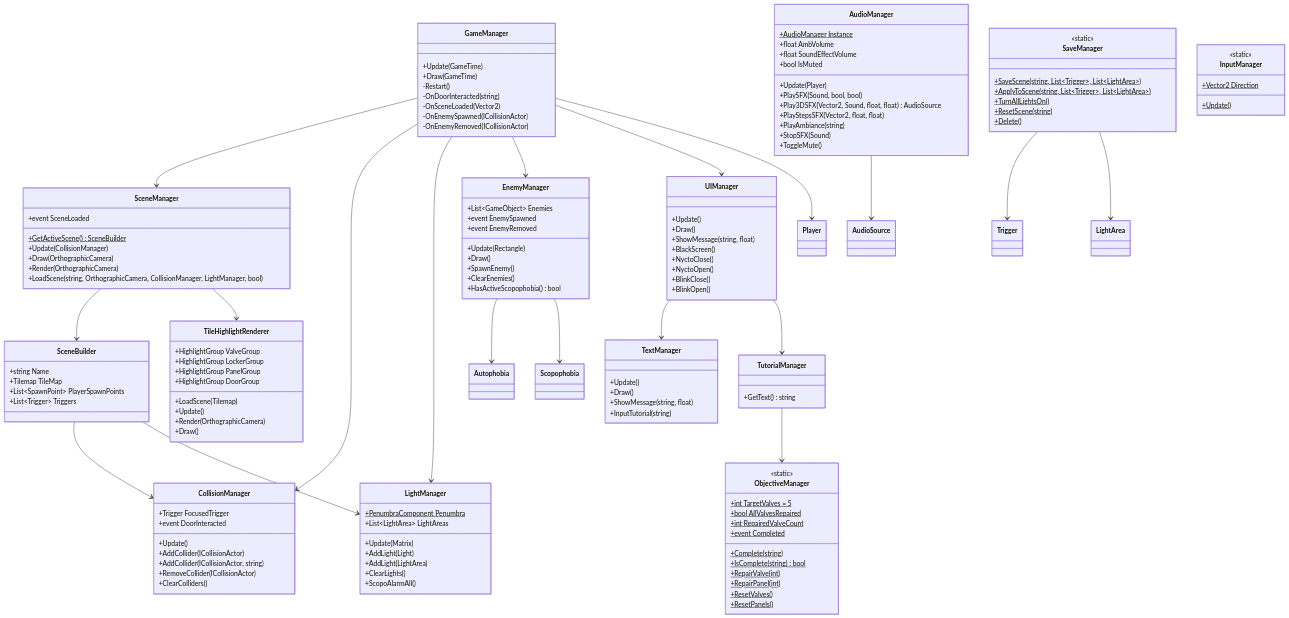
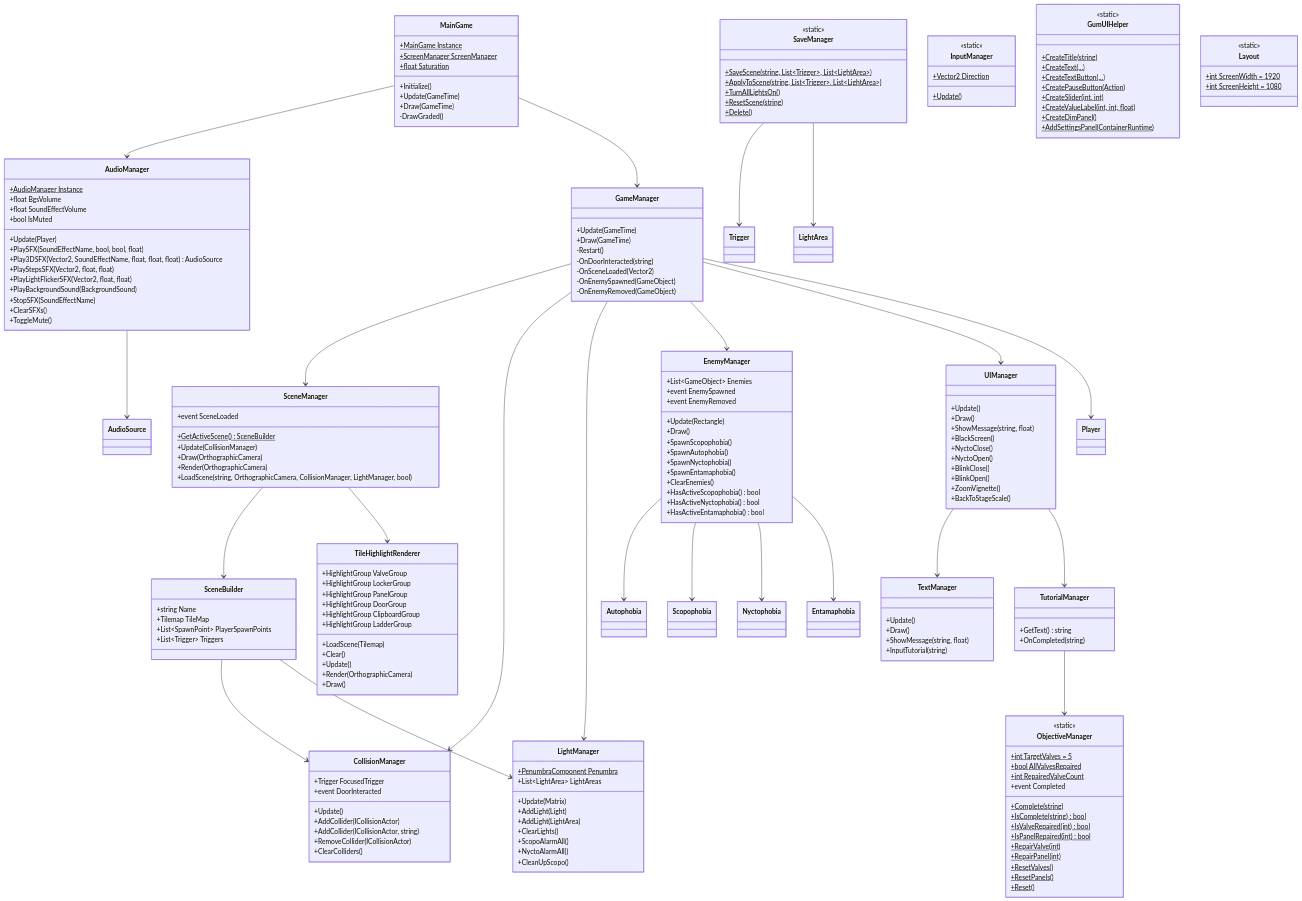
One commit to Sambopukkazz/DG225_CoreX changed the second of 6 diagrams in docs/03_Software/02-class-diagram.md. Above: the diagram before and after it, drawn with Mermaid. The commit also changed other lines of this file and 14 other files, not shown here.

````diff
--- a/docs/03_Software/02-class-diagram.md
+++ b/docs/03_Software/02-class-diagram.md
@@ -108,13 +137,22 @@
 ```mermaid
 classDiagram
+    class MainGame {
+        +MainGame Instance$
+        +ScreenManager ScreenManager$
+        +float Saturation$
+        +Initialize()
+        +Update(GameTime)
+        +Draw(GameTime)
+        -DrawGraded()
+    }
     class GameManager {
         +Update(GameTime)
         +Draw(GameTime)
         -Restart()
         -OnDoorInteracted(string)
         -OnSceneLoaded(Vector2)
-        -OnEnemySpawned(ICollisionActor)
-        -OnEnemyRemoved(ICollisionActor)
+        -OnEnemySpawned(GameObject)
+        -OnEnemyRemoved(GameObject)
     }
     class SceneManager {
         +GetActiveScene() SceneBuilder$
@@ -147,27 +185,36 @@
         +AddLight(LightArea)
         +ClearLights()
         +ScopoAlarmAll()
+        +NyctoAlarmAll()
+        +CleanUpScopo()
     }
     class AudioManager {
         +AudioManager Instance$
-        +float AmbVolume
+        +float BgsVolume
         +float SoundEffectVolume
         +bool IsMuted
         +Update(Player)
-        +PlaySFX(Sound, bool, bool)
-        +Play3DSFX(Vector2, Sound, float, float) AudioSource
+        +PlaySFX(SoundEffectName, bool, bool, float)
+        +Play3DSFX(Vector2, SoundEffectName, float, float, float) AudioSource
         +PlayStepsSFX(Vector2, float, float)
-        +PlayAmbiance(string)
-        +StopSFX(Sound)
+        +PlayLightFlickerSFX(Vector2, float, float)
+        +PlayBackgroundSound(BackgroundSound)
+        +StopSFX(SoundEffectName)
+        +ClearSFXs()
         +ToggleMute()
     }
     class EnemyManager {
         +List~GameObject~ Enemies
         +Update(Rectangle)
         +Draw()
-        +SpawnEnemy()
+        +SpawnScopophobia()
+        +SpawnAutophobia()
+        +SpawnNyctophobia()
+        +SpawnEntamaphobia()
         +ClearEnemies()
         +HasActiveScopophobia() bool
+        +HasActiveNyctophobia() bool
+        +HasActiveEntamaphobia() bool
         +event EnemySpawned
         +event EnemyRemoved
     }
@@ -180,6 +227,8 @@
         +NyctoOpen()
         +BlinkClose()
         +BlinkOpen()
+        +ZoomVignette()
+        +BackToStageScale()
     }
     class TextManager {
         +Update()
@@ -189,6 +238,7 @@
     }
     class TutorialManager {
         +GetText() string
+        +OnCompleted(string)
     }
     class ObjectiveManager {
         <<static>>
@@ -197,11 +247,14 @@
         +int RepairedValveCount$
         +Complete(string)$
         +IsComplete(string) bool$
+        +IsValveRepaired(int) bool$
+        +IsPanelRepaired(int) bool$
         +RepairValve(int)$
         +RepairPanel(int)$
         +ResetValves()$
         +ResetPanels()$
-        +event Completed$
+        +Reset()$
+        +event Completed
     }
     class SaveManager {
         <<static>>
@@ -221,10 +274,29 @@
         +HighlightGroup LockerGroup
         +HighlightGroup PanelGroup
         +HighlightGroup DoorGroup
+        +HighlightGroup ClipboardGroup
+        +HighlightGroup LadderGroup
         +LoadScene(Tilemap)
+        +Clear()
         +Update()
         +Render(OrthographicCamera)
         +Draw()
+    }
+    class GumUIHelper {
+        <<static>>
+        +CreateTitle(string)$
+        +CreateText(...)$
+        +CreateTextButton(...)$
+        +CreatePauseButton(Action)$
+        +CreateSlider(int, int)$
+        +CreateValueLabel(int, int, float)$
+        +CreateDimPanel()$
+        +AddSettingsPanel(ContainerRuntime)$
+    }
+    class Layout {
+        <<static>>
+        +int ScreenWidth = 1920$
+        +int ScreenHeight = 1080$
     }
 
     GameManager --> SceneManager
@@ -233,12 +305,16 @@
     GameManager --> EnemyManager
     GameManager --> UIManager
     GameManager --> Player
+    MainGame --> AudioManager
+    MainGame --> GameManager
     SceneManager --> SceneBuilder
     SceneManager --> TileHighlightRenderer
     SceneBuilder --> CollisionManager
     SceneBuilder --> LightManager
     EnemyManager --> Autophobia
     EnemyManager --> Scopophobia
+    EnemyManager --> Nyctophobia
+    EnemyManager --> Entamaphobia
     AudioManager --> AudioSource
     UIManager --> TextManager
     UIManager --> TutorialManager
````
